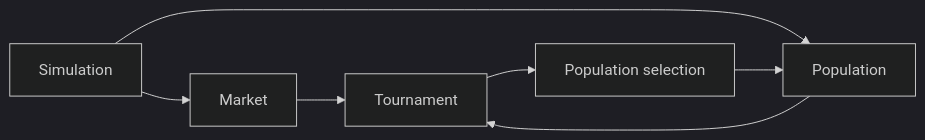
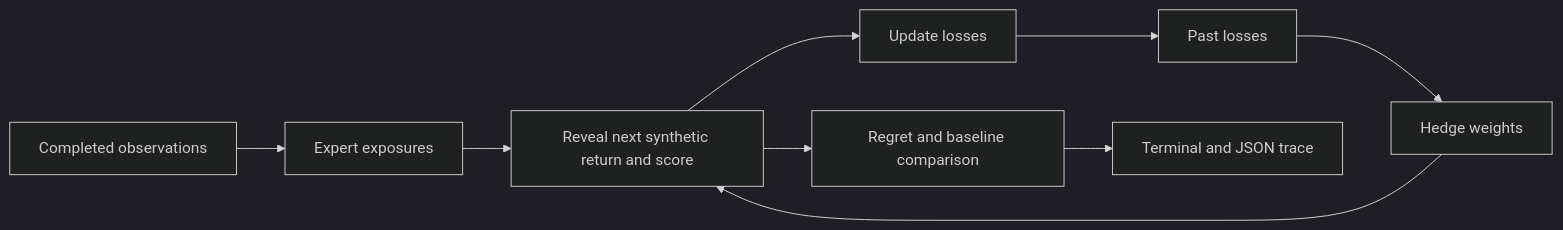
Before and after one commit to suprkco/Trading-strategies-analysis-regret-minimization: the diagram in README.md, drawn with Mermaid (dark theme). The commit also changed other lines of this file and 17 other files, not shown here.

Commit message:
feat: add reproducible Hedge regret laboratory and terminal evaluation

````diff
--- a/README.md
+++ b/README.md
@@ -14,9 +36,11 @@
 ```mermaid
 flowchart LR
-    A[Simulation] --> B[Market]
-    A --> C[Population]
-    B --> D[Tournament]
-    C --> D
-    D --> E[Population selection]
-    E --> C
+    A[Completed observations] --> B[Expert exposures]
+    C[Past losses] --> D[Hedge weights]
+    B --> E[Reveal next synthetic return and score]
+    D --> E
+    E --> F[Update losses]
+    F --> C
+    E --> G[Regret and baseline comparison]
+    G --> H[Terminal and JSON trace]
 ```
````
